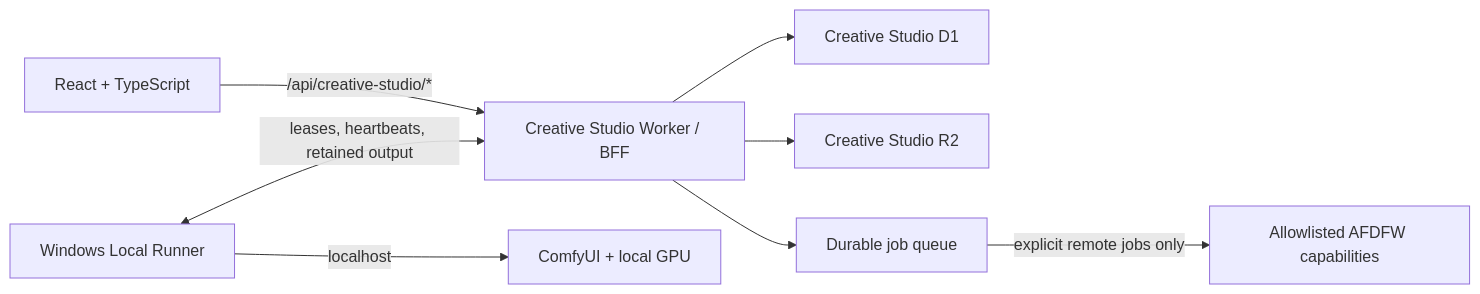
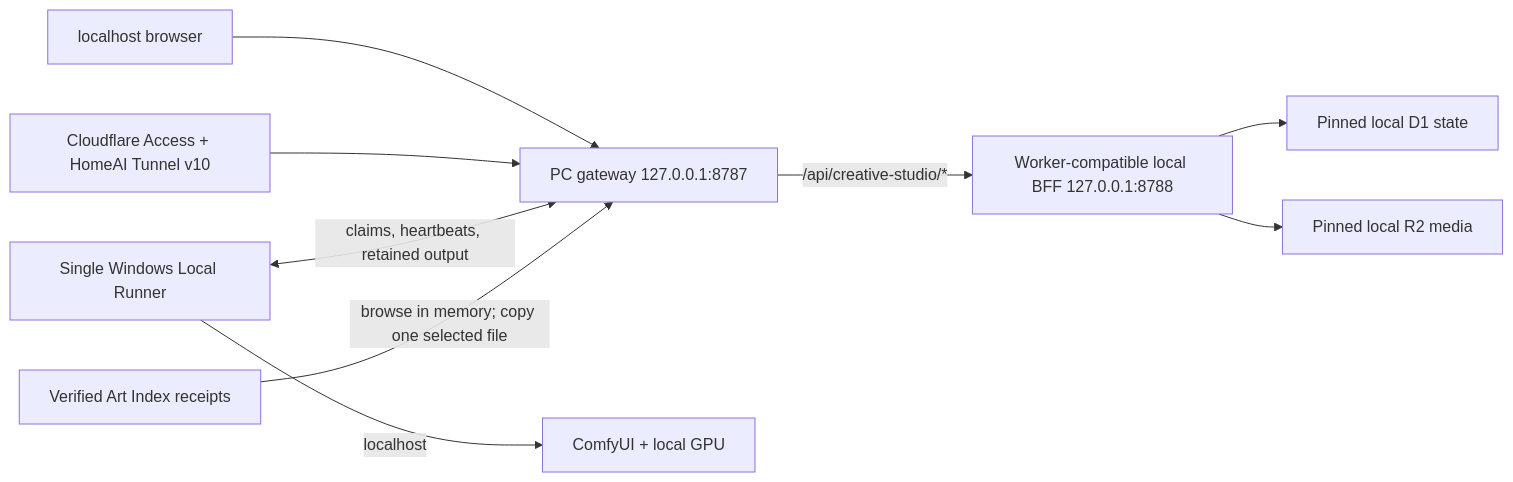
Before and after one commit to AngeloTobo/Creative-Studio: the diagram in README.md, drawn with Mermaid. The commit also changed other lines of this file and 56 other files, not shown here.

Commit message:
feat: move Creative Studio execution to the PC

````diff
--- a/README.md
+++ b/README.md
@@ -190,10 +199,11 @@
 ```mermaid
 flowchart LR
-  UI["React + TypeScript"] -->|"/api/creative-studio/*"| BFF["Creative Studio Worker / BFF"]
-  BFF --> D1["Creative Studio D1"]
-  BFF --> R2["Creative Studio R2"]
-  BFF --> Q["Durable job queue"]
-  Q -->|"explicit remote jobs only"| AF["Allowlisted AFDFW capabilities"]
-  LR["Windows Local Runner"] <-->|"leases, heartbeats, retained output"| BFF
+  LOCAL["localhost browser"] --> GATEWAY["PC gateway 127.0.0.1:8787"]
+  REMOTE["Cloudflare Access + HomeAI Tunnel v10"] --> GATEWAY
+  GATEWAY -->|"/api/creative-studio/*"| BFF["Worker-compatible local BFF 127.0.0.1:8788"]
+  BFF --> D1["Pinned local D1 state"]
+  BFF --> R2["Pinned local R2 media"]
+  LR["Single Windows Local Runner"] <-->|"claims, heartbeats, retained output"| GATEWAY
   LR -->|"localhost"| COMFY["ComfyUI + local GPU"]
+  ART["Verified Art Index receipts"] -->|"browse in memory; copy one selected file"| GATEWAY
 ```
````
